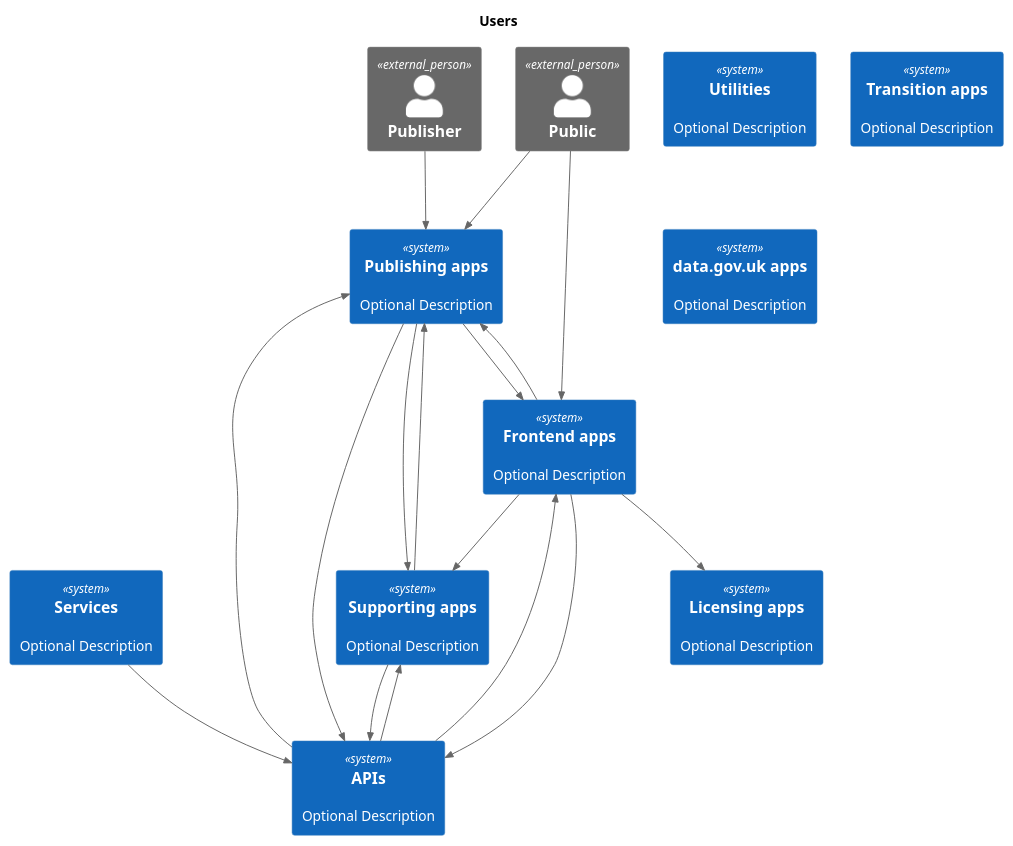
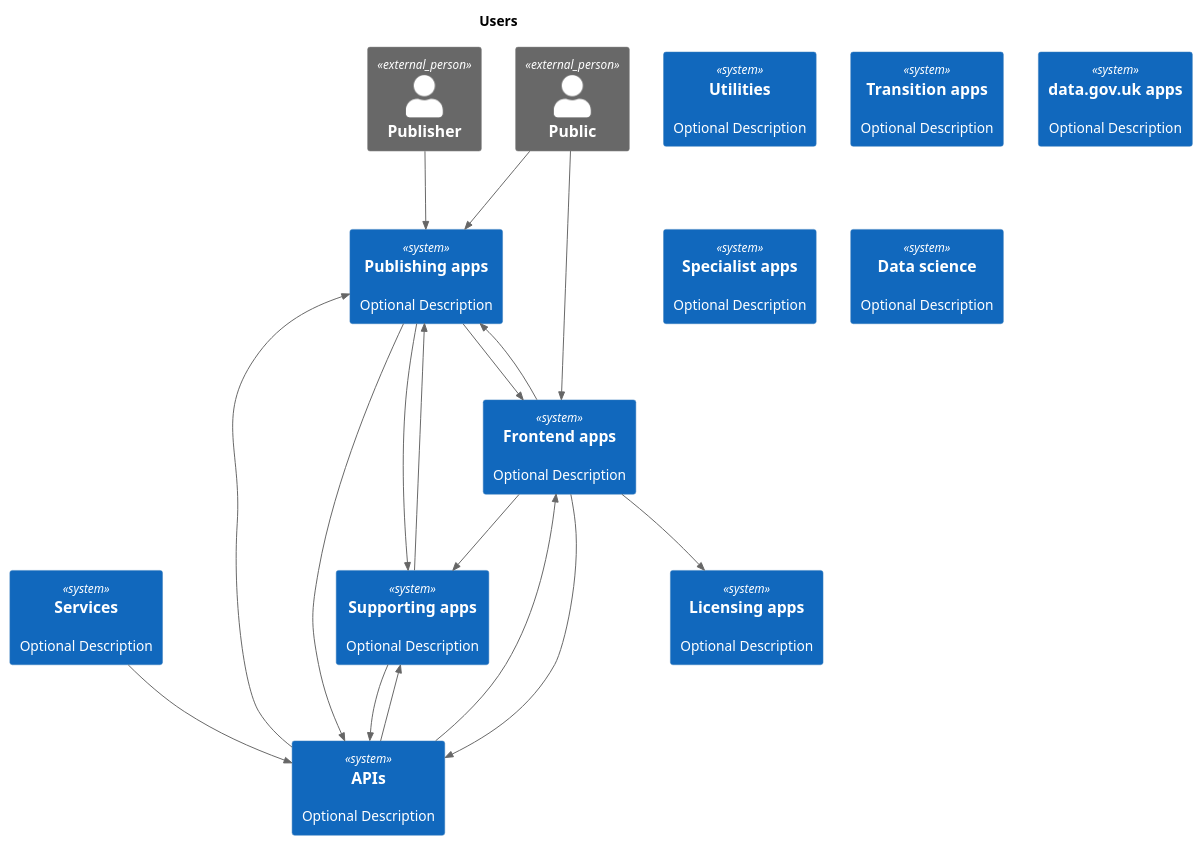
Before and after one commit to alphagov/govuk-developer-docs: the diagram in diagrams/context.puml, drawn with PlantUML. The commit also changed 3 other files, not shown here.

Commit message:
Add auto-generated diagrams from 'bundle exec rake'

```diff
--- a/diagrams/context.puml
+++ b/diagrams/context.puml
@@ -1,37 +1,39 @@
 @startuml C4_GOVUK_System_Context
 !includeurl https://raw.githubusercontent.com/RicardoNiepel/C4-PlantUML/master/C4_Context.puml
 
 System(apis, "APIs", "Optional Description")
 System(supporting_apps, "Supporting apps", "Optional Description")
 System(utilities, "Utilities", "Optional Description")
 System(transition_apps, "Transition apps", "Optional Description")
 System(services, "Services", "Optional Description")
 System(frontend_apps, "Frontend apps", "Optional Description")
 System(data_gov_uk_apps, "data.gov.uk apps", "Optional Description")
 System(publishing_apps, "Publishing apps", "Optional Description")
+System(specialist_apps, "Specialist apps", "Optional Description")
+System(data_science, "Data science", "Optional Description")
 System(licensing_apps, "Licensing apps", "Optional Description")
 Rel_Up(apis, supporting_apps, " ")
 Rel_Up(apis, frontend_apps, " ")
 Rel_Up(apis, publishing_apps, " ")
 Rel_Down(supporting_apps, publishing_apps, " ")
 Rel_Down(supporting_apps, apis, " ")
 Rel_Down(services, apis, " ")
 Rel_Down(frontend_apps, apis, " ")
 Rel_Down(frontend_apps, supporting_apps, " ")
 Rel_Down(frontend_apps, publishing_apps, " ")
 Rel_Down(frontend_apps, licensing_apps, " ")
 Rel_Down(publishing_apps, apis, " ")
 Rel_Down(publishing_apps, supporting_apps, " ")
 Rel_Down(publishing_apps, frontend_apps, " ")
 skinparam rectangle {
   borderColor transparent
 }
 rectangle Users {
 Person_Ext(public, "Public", "")
 Person_Ext(publisher, "Publisher", "")
 }
 Rel_Down(public, frontend_apps, " ")
 Rel_Down(publisher, publishing_apps, " ")
 Rel_Down(public, publishing_apps, " ")
 
 @enduml
```
